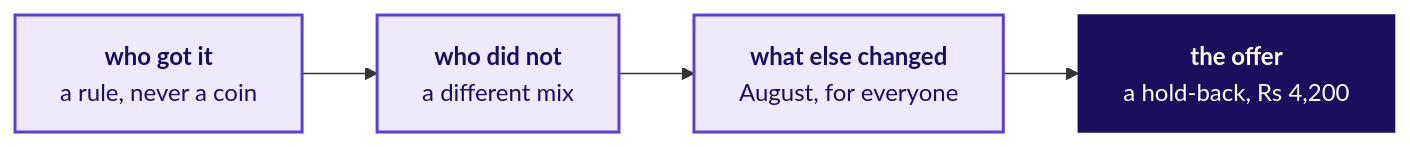
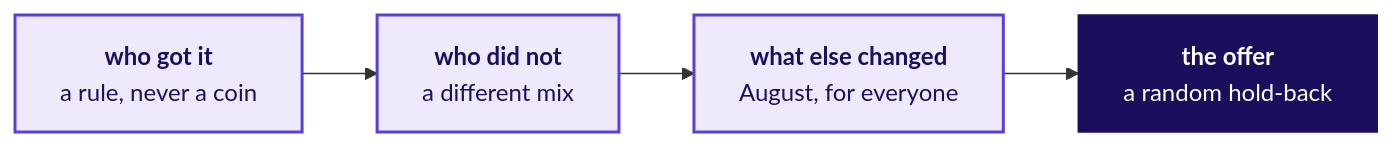
One commit to fde-academy-lab/c2-content-factory changed the sixth of 14 diagrams in content/W01/D4/slides/C2_W01_D04_half2_STUDENT.md. Above: the diagram before and after it, drawn with Mermaid. The commit also changed other lines of this file and 15 other files, not shown here.

First line of the commit message:
W01 D4: pass 4 fixes: 8 of 44 zero totals, chapter 2's harm stated as scale, chapter 6's chance reference shuffles segment labels (0.82), the hold-back priced and its power deferred, the exposure extract explained, the half-tier test at Rs 5,500; decks rebuilt

````diff
--- a/content/W01/D4/slides/C2_W01_D04_half2_STUDENT.md
+++ b/content/W01/D4/slides/C2_W01_D04_half2_STUDENT.md
@@ -253,10 +253,10 @@
 ```mermaid
 flowchart LR
     W["<b>who got it</b><br/>a rule, never a coin"] --> N["<b>who did not</b><br/>a different mix"]
     N --> E["<b>what else changed</b><br/>August, for everyone"]
-    E --> T["<b>the offer</b><br/>a hold-back, Rs 4,200"]
+    E --> T["<b>the offer</b><br/>a random hold-back"]
     classDef known fill:#EEEAFB,stroke:#5B3FD6,color:#1A0F5C,stroke-width:2px
     classDef bet fill:#1A0F5C,stroke:#1A0F5C,color:#FFFFFF
     class W,N,E known
     class T bet
 ```
````
